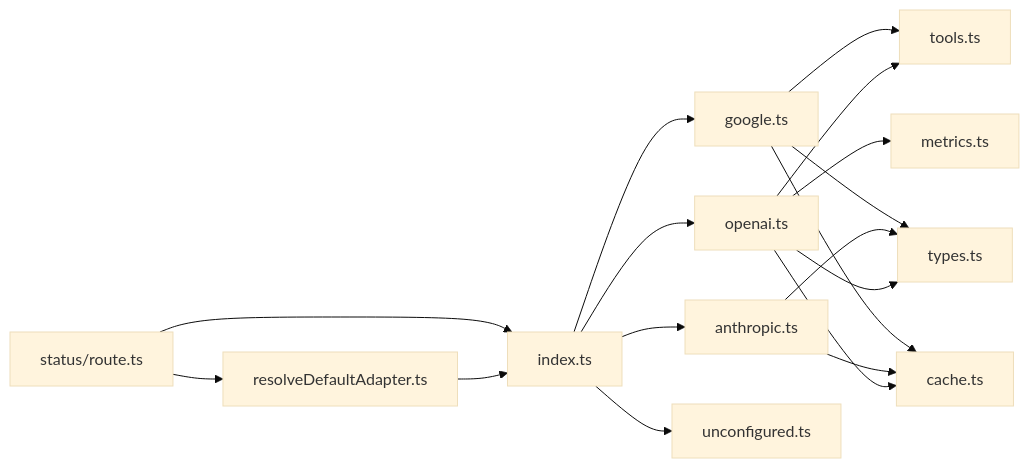
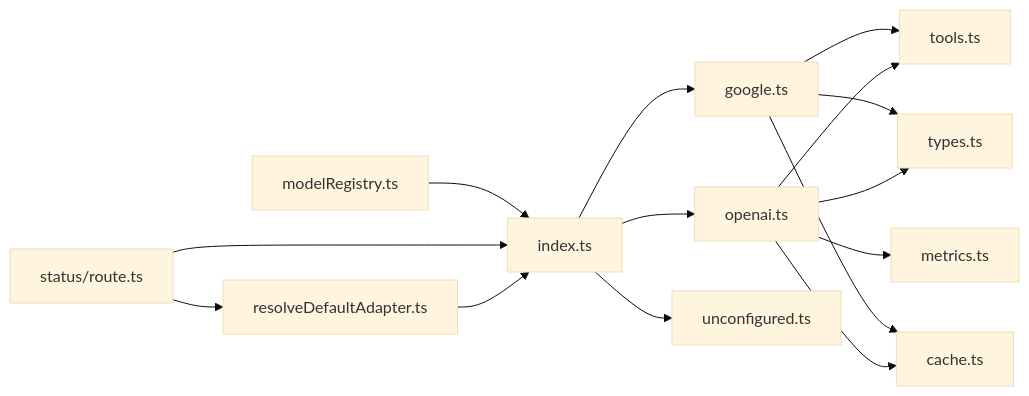
Diagram 12 of 12 in .qoder/repowiki/en/content/Architecture & Design/Layered Architecture/Integration Layer/AI Provider Adapters.md (shekhargiri005-dotcom/AI-powered-accessibility-first-UI-engine), drawn with Mermaid (base theme) before and after one commit. The commit also changed other lines of this file and 24 other files, not shown here.

````diff
--- a/.qoder/repowiki/en/content/Architecture & Design/Layered Architecture/Integration Layer/AI Provider Adapters.md
+++ b/.qoder/repowiki/en/content/Architecture & Design/Layered Architecture/Integration Layer/AI Provider Adapters.md
@@ -514,19 +524,17 @@
 ```mermaid
 graph LR
 IDX["index.ts"] --> OA["openai.ts"]
-IDX --> AA["anthropic.ts"]
-IDX --> GA["google.ts"]
+IDX --> GOO["google.ts"]
 IDX --> UC["unconfigured.ts"]
 RDA["resolveDefaultAdapter.ts"] --> IDX
 OA --> TOOLS["tools.ts"]
-GA --> TOOLS
+GOO --> TOOLS
 OA --> TYPES["types.ts"]
-AA --> TYPES
-GA --> TYPES
+GOO --> TYPES
 OA --> CACHE["cache.ts"]
-AA --> CACHE
-GA --> CACHE
+GOO --> CACHE
 OA --> METRICS["metrics.ts"]
 STATUS["status/route.ts"] --> IDX
 STATUS --> RDA
+MODELS["modelRegistry.ts"] --> IDX
 ```
````
